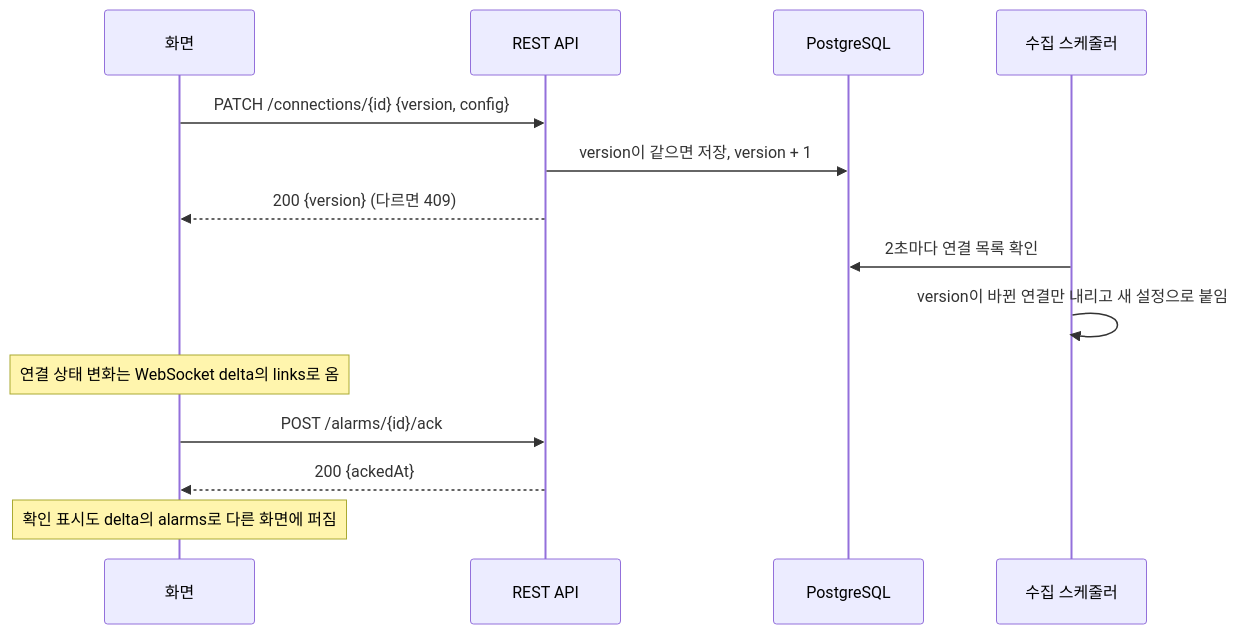
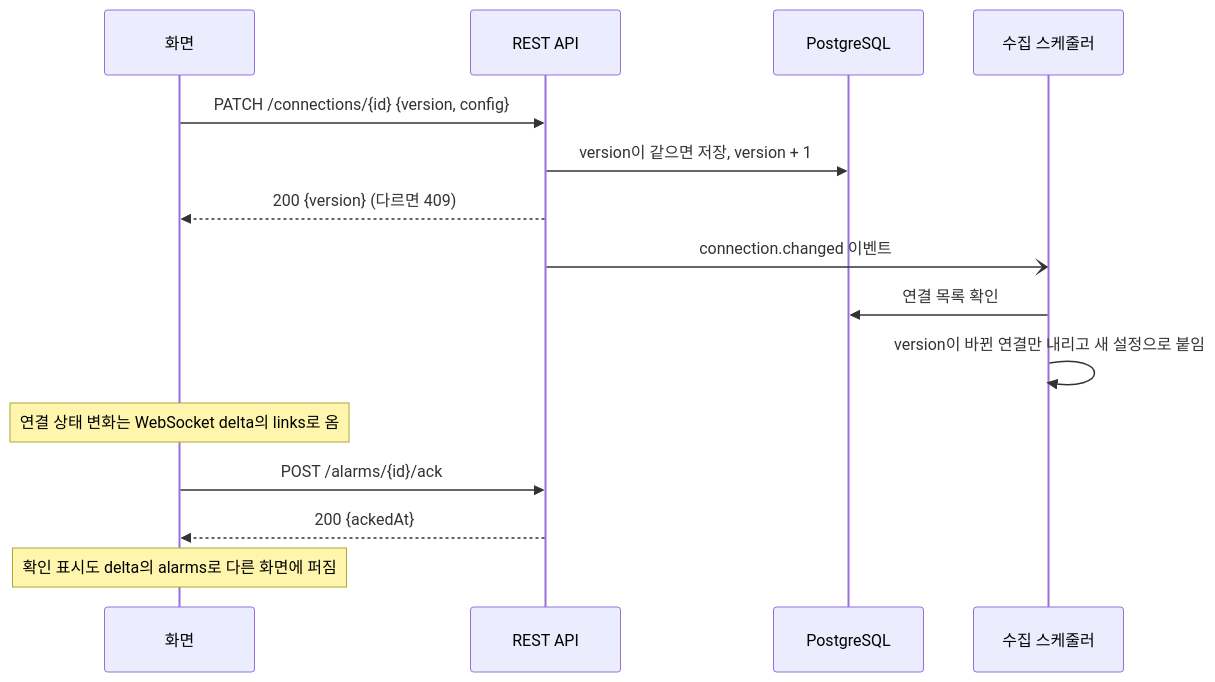
The second of 3 diagrams in docs/design.md (dksalsgus/agv-amr-control-middleware), drawn with Mermaid before and after one commit. The commit also changed other lines of this file and 10 other files, not shown here.

````diff
--- a/docs/design.md
+++ b/docs/design.md
@@ -118,16 +118,17 @@
 ```mermaid
 sequenceDiagram
   participant W as 화면
   participant API as REST API
   participant DB as PostgreSQL
   participant SC as 수집 스케줄러
   W->>API: PATCH /connections/{id} {version, config}
   API->>DB: version이 같으면 저장, version + 1
   API-->>W: 200 {version} (다르면 409)
-  SC->>DB: 2초마다 연결 목록 확인
+  API-)SC: connection.changed 이벤트
+  SC->>DB: 연결 목록 확인
   SC->>SC: version이 바뀐 연결만 내리고 새 설정으로 붙임
   Note over W: 연결 상태 변화는 WebSocket delta의 links로 옴
   W->>API: POST /alarms/{id}/ack
   API-->>W: 200 {ackedAt}
   Note over W: 확인 표시도 delta의 alarms로 다른 화면에 퍼짐
 ```
````
